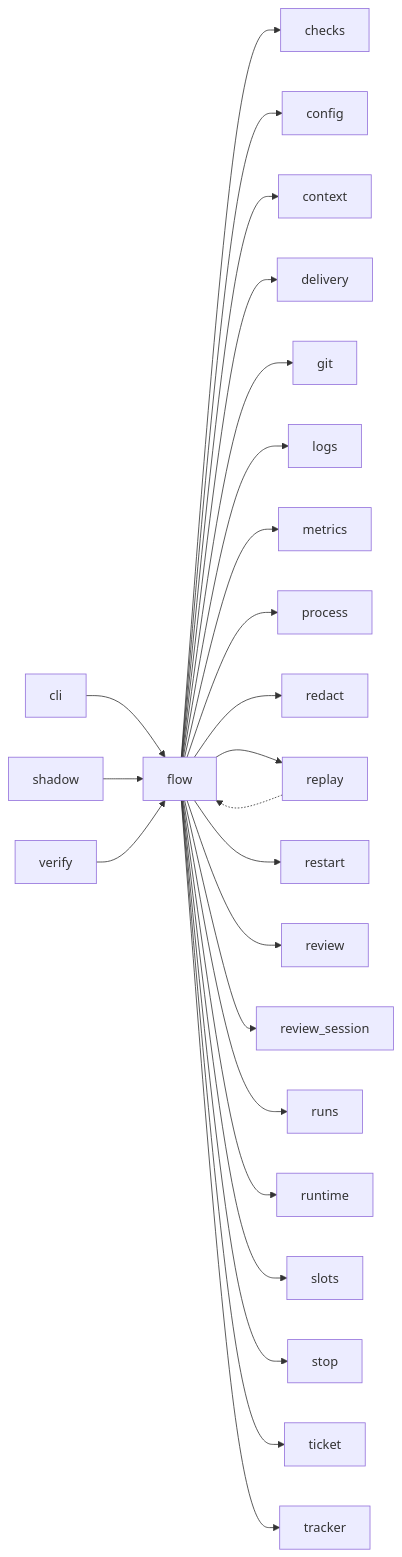
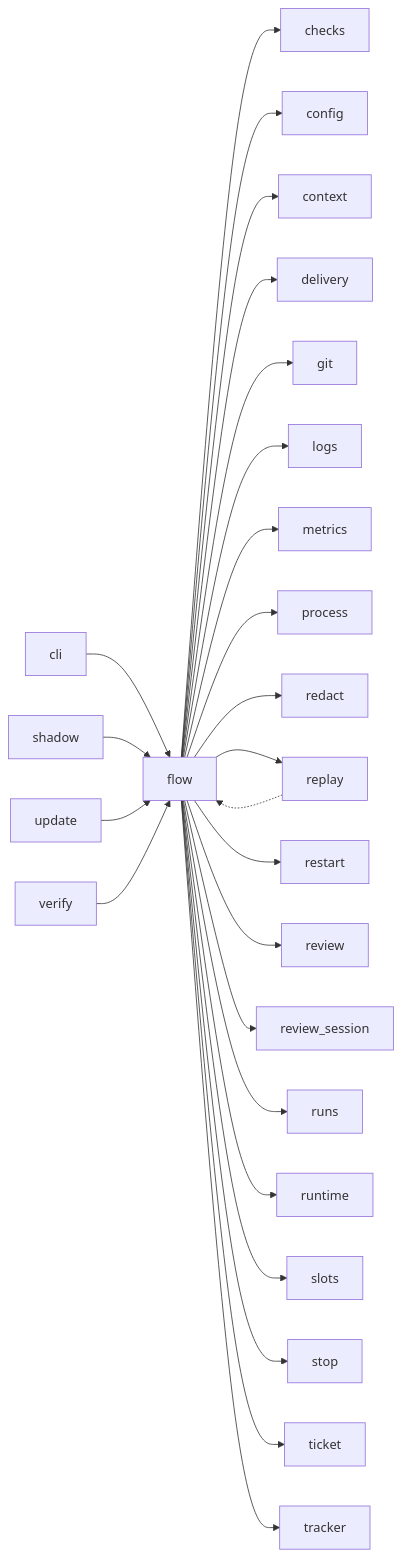
The third of 3 diagrams in docs/architecture/modules/flow.md (plaplanche/ariane), drawn with Mermaid before and after one commit. The commit also changed 33 other files, not shown here.

````diff
--- a/docs/architecture/modules/flow.md
+++ b/docs/architecture/modules/flow.md
@@ -119,26 +119,27 @@
 ```mermaid
 flowchart LR
   cli --> flow
   flow --> checks
   flow --> config
   flow --> context
   flow --> delivery
   flow --> git
   flow --> logs
   flow --> metrics
   flow --> process
   flow --> redact
   flow --> replay
   flow --> restart
   flow --> review
   flow --> review_session
   flow --> runs
   flow --> runtime
   flow --> slots
   flow --> stop
   flow --> ticket
   flow --> tracker
   replay -.-> flow
   shadow --> flow
+  update --> flow
   verify --> flow
 ```
````
